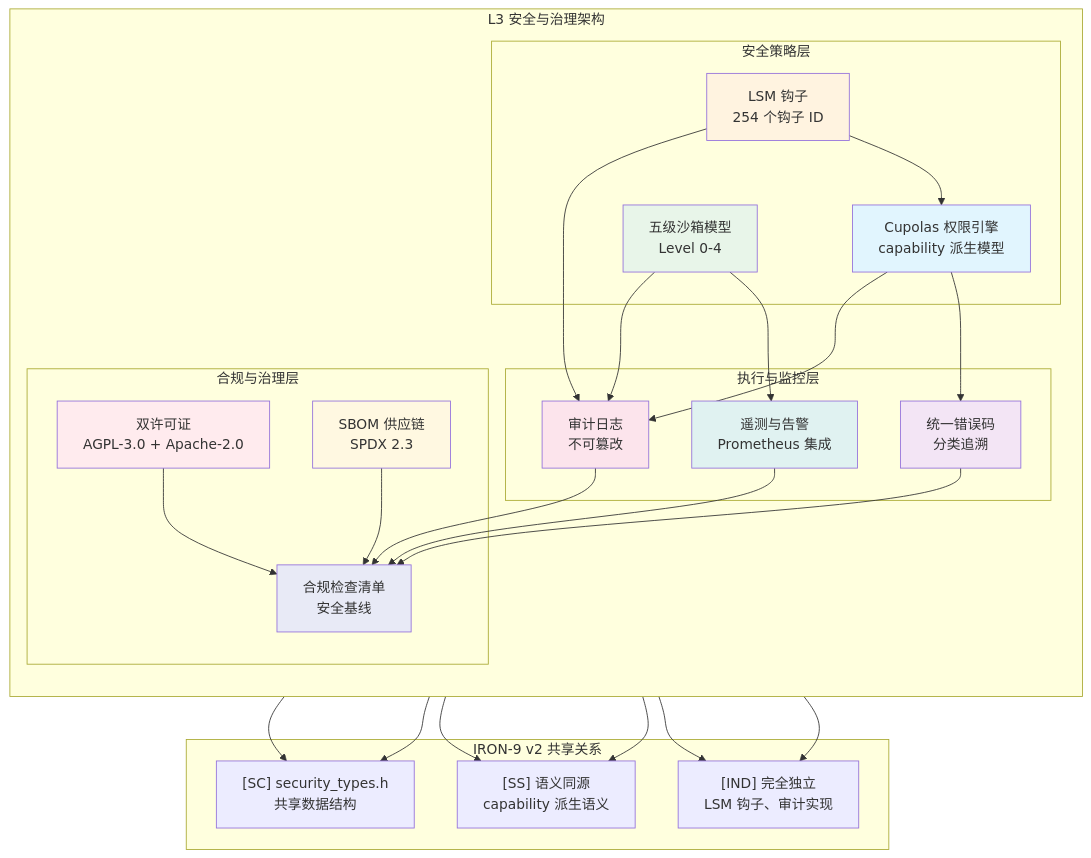
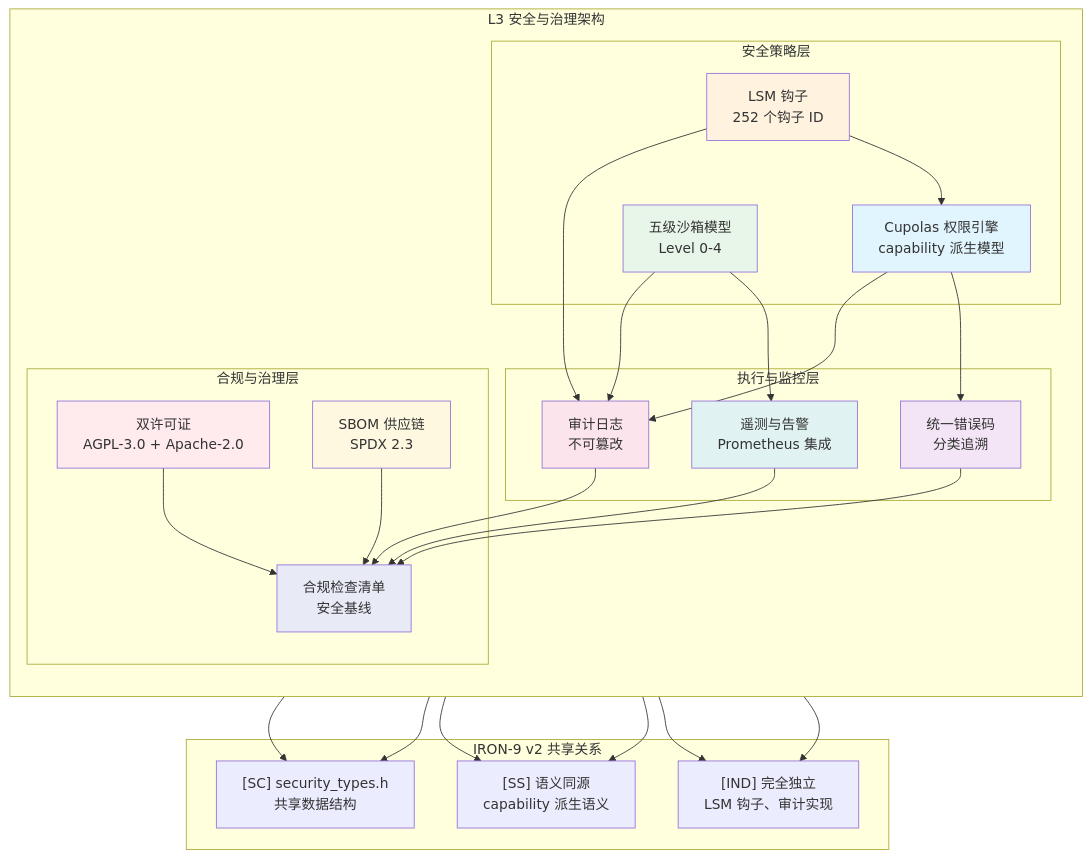
One commit to openairymax/docs-linux changed the first of 2 diagrams in 50-engineering-standards/30-runtime-interfaces/L3_security_governance.md. Above: the diagram before and after it, drawn with Mermaid. The commit also changed other lines of this file and 132 other files, not shown here.

````diff
--- a/50-engineering-standards/30-runtime-interfaces/L3_security_governance.md
+++ b/50-engineering-standards/30-runtime-interfaces/L3_security_governance.md
@@ -544,60 +546,60 @@
 ```mermaid
 graph TB
     subgraph "L3 安全与治理架构"
         direction TB
 
         subgraph "安全策略层"
             CUPOLAS["Cupolas 权限引擎<br/>capability 派生模型"]
             SANDBOX["五级沙箱模型<br/>Level 0-4"]
-            LSM["LSM 钩子<br/>254 个钩子 ID"]
+            LSM["LSM 钩子<br/>252 个钩子 ID"]
         end
 
         subgraph "执行与监控层"
             AUDIT["审计日志<br/>不可篡改"]
             ERROR["统一错误码<br/>分类追溯"]
             TELEMETRY["遥测与告警<br/>Prometheus 集成"]
         end
 
         subgraph "合规与治理层"
             LICENSE["双许可证<br/>AGPL-3.0 + Apache-2.0"]
             SBOM["SBOM 供应链<br/>SPDX 2.3"]
             COMPLIANCE["合规检查清单<br/>安全基线"]
         end
 
         CUPOLAS --> AUDIT
         CUPOLAS --> ERROR
         SANDBOX --> AUDIT
         SANDBOX --> TELEMETRY
         LSM --> AUDIT
         LSM --> CUPOLAS
 
         AUDIT --> COMPLIANCE
         ERROR --> COMPLIANCE
         TELEMETRY --> COMPLIANCE
         LICENSE --> COMPLIANCE
         SBOM --> COMPLIANCE
     end
 
     subgraph "IRON-9 v2 共享关系"
         SC["[SC] security_types.h<br/>共享数据结构"]
         SS["[SS] 语义同源<br/>capability 派生语义"]
         IND["[IND] 完全独立<br/>LSM 钩子、审计实现"]
     end
 
     CUPOLAS --> SC
     CUPOLAS --> SS
     SANDBOX --> SC
     SANDBOX --> SS
     LSM --> IND
     AUDIT --> IND
 
     style CUPOLAS fill:#e1f5fe
     style SANDBOX fill:#e8f5e9
     style LSM fill:#fff3e0
     style AUDIT fill:#fce4ec
     style ERROR fill:#f3e5f5
     style TELEMETRY fill:#e0f2f1
     style LICENSE fill:#ffebee
     style SBOM fill:#fff8e1
     style COMPLIANCE fill:#e8eaf6
 ```
````
